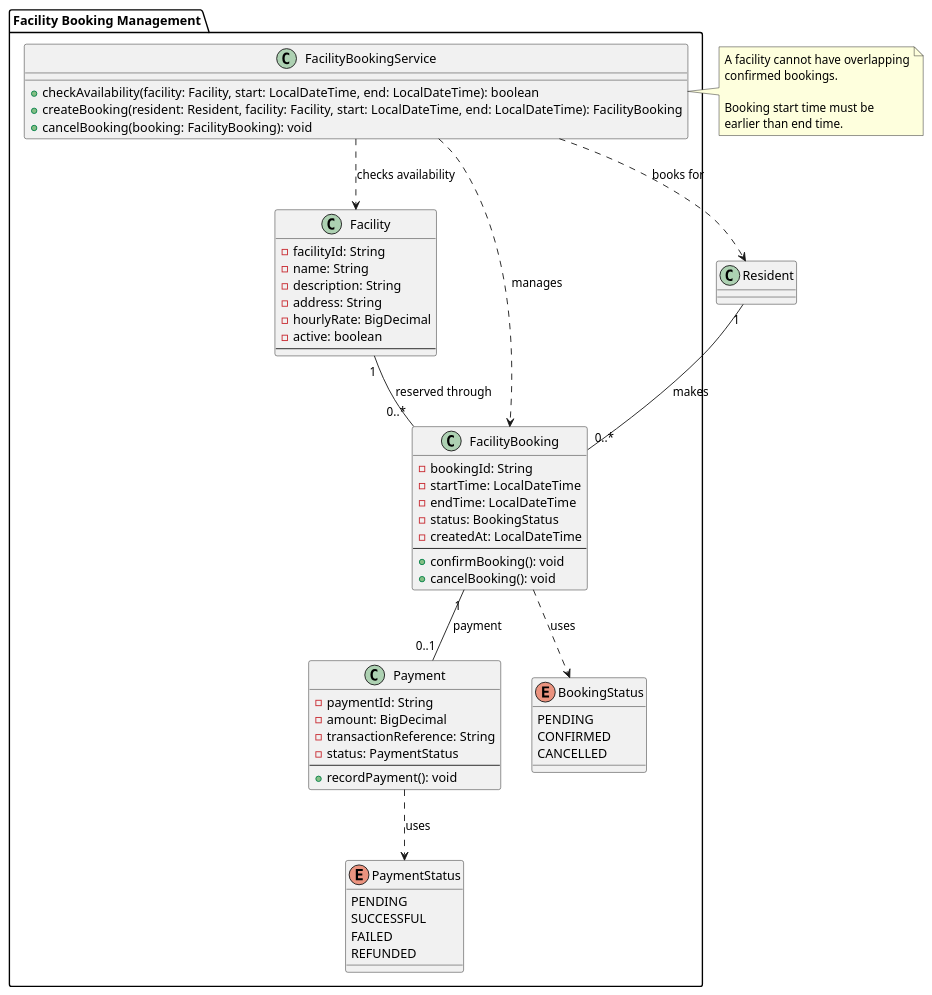
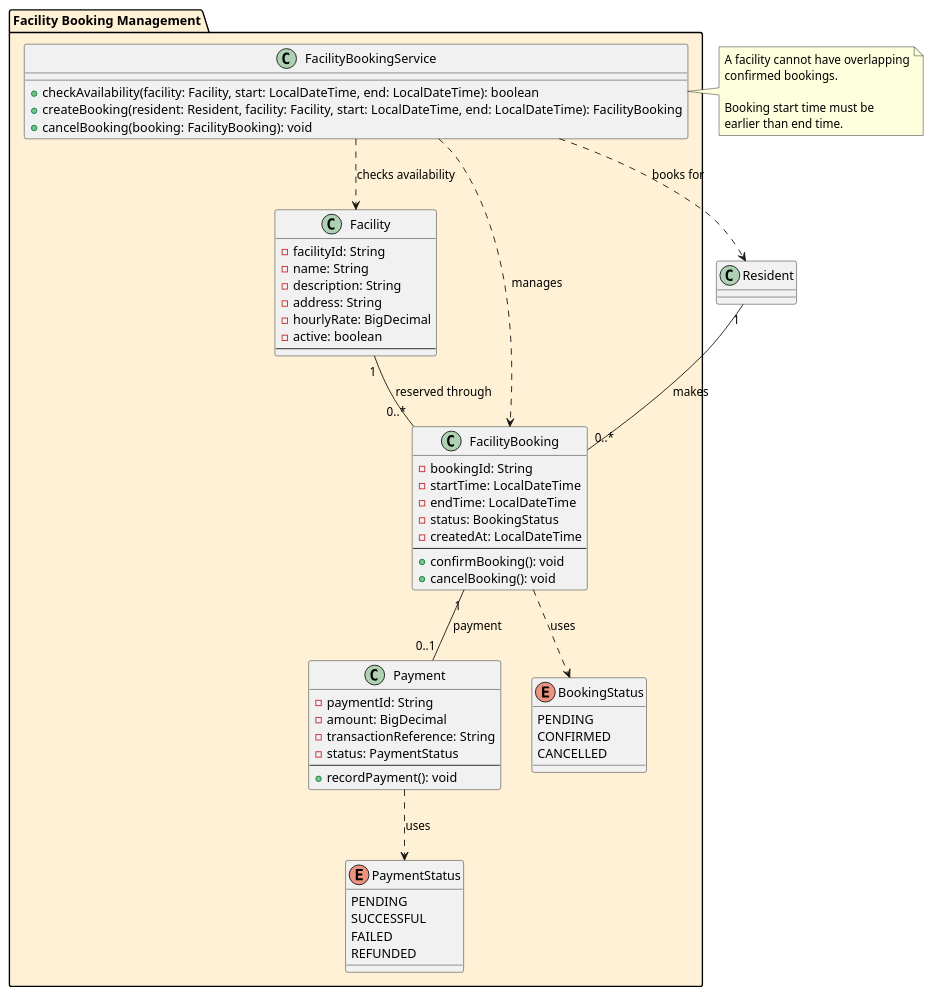
Before and after one commit to gg-sajanbasnet/ICT602-MEL_S2_2026-1: the diagram in docs/uml/modules/facility-booking.puml, drawn with PlantUML. The commit also changed 12 other files, not shown here.

Commit message:
docs(architecture): finalise whole-platform architecture

```diff
--- a/docs/uml/modules/facility-booking.puml
+++ b/docs/uml/modules/facility-booking.puml
@@ -1,80 +1,80 @@
 
 ' =========================================
 ' FACILITY BOOKING MANAGEMENT MODULE
 ' =========================================
 
-package "Facility Booking Management" {
+package "Facility Booking Management" #FFF1D6 {
 
   class Facility {
     - facilityId: String
     - name: String
     - description: String
     - address: String
     - hourlyRate: BigDecimal
     - active: boolean
     --
   }
 
   class FacilityBooking {
     - bookingId: String
     - startTime: LocalDateTime
     - endTime: LocalDateTime
     - status: BookingStatus
     - createdAt: LocalDateTime
     --
     + confirmBooking(): void
     + cancelBooking(): void
   }
 
   class Payment {
     - paymentId: String
     - amount: BigDecimal
     - transactionReference: String
     - status: PaymentStatus
     --
     + recordPayment(): void
   }
 
   class FacilityBookingService {
     + checkAvailability(facility: Facility, start: LocalDateTime, end: LocalDateTime): boolean
     + createBooking(resident: Resident, facility: Facility, start: LocalDateTime, end: LocalDateTime): FacilityBooking
     + cancelBooking(booking: FacilityBooking): void
   }
 
   enum BookingStatus {
     PENDING
     CONFIRMED
     CANCELLED
   }
 
   enum PaymentStatus {
     PENDING
     SUCCESSFUL
     FAILED
     REFUNDED
   }
 }
 
 ' =========================================
 ' FACILITY BOOKING RELATIONSHIPS
 ' =========================================
 
 Resident "1" -- "0..*" FacilityBooking : makes
 
 Facility "1" -- "0..*" FacilityBooking : reserved through
 
 FacilityBooking "1" -- "0..1" Payment : payment
 
 FacilityBooking ..> BookingStatus : uses
 Payment ..> PaymentStatus : uses
 FacilityBookingService ..> Facility : checks availability
 FacilityBookingService ..> FacilityBooking : manages
 FacilityBookingService ..> Resident : books for
 
 note right of FacilityBookingService
   A facility cannot have overlapping
   confirmed bookings.
 
   Booking start time must be
   earlier than end time.
 end note
```
